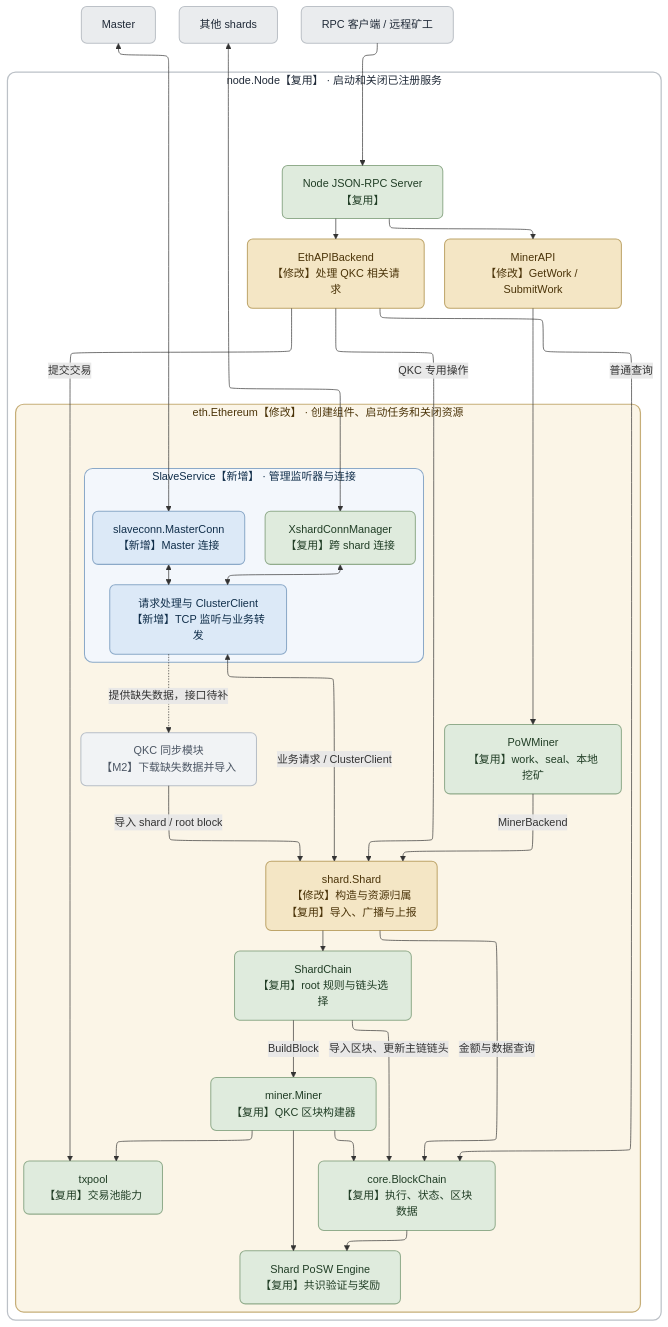
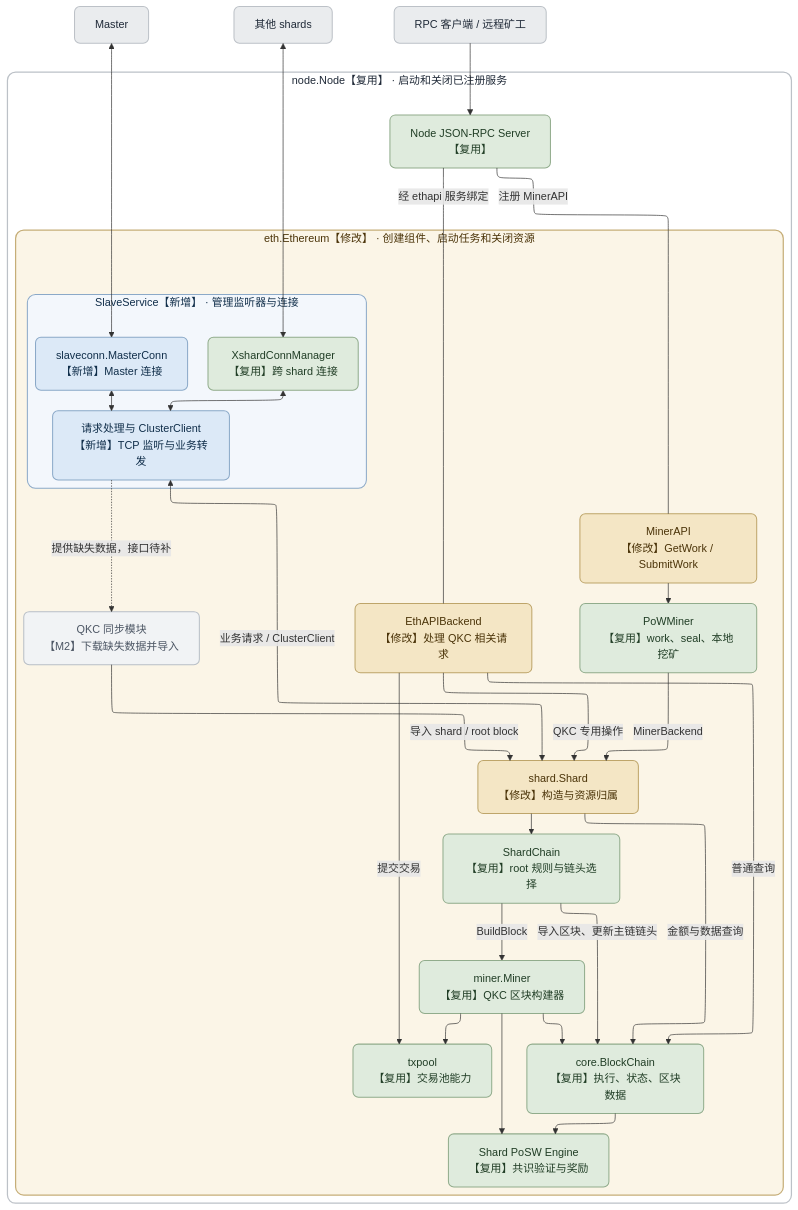
Before and after one commit to QuarkChain/modernized-qkc: the first of 6 diagrams in docs/shard-ethereum-integration-design.md, drawn with Mermaid. The commit also changed other lines of this file and 3 other files, not shown here.

````diff
--- a/docs/shard-ethereum-integration-design.md
+++ b/docs/shard-ethereum-integration-design.md
@@ -26,78 +50,73 @@
 ```mermaid
 ---
 config:
   layout: elk
 ---
 flowchart TB
     %% The saved SVG uses fixed positions and orthogonal routes from the reviewed reference image.
     %% This Mermaid source records the same modules and relationships; preserve the SVG layout when editing.
     %% SVG footer: these three lines appear below node.Node at 14px.
     %% caption: 外框：管理范围；如 node.Node 管理已注册服务；Ethereum 内部以最近一层容器表示创建和管理归属。
-    %% caption: 实线：调用关系；虚线：同步数据来源，请求由同步模块发起。
+    %% caption: 箭头实线：调用；无箭头实线：RPC 注册/绑定；虚线：同步数据来源，请求由同步模块发起。
     %% caption: “复用”：沿用已有实现；“新增”：需要新实现的模块或接口；“修改”：调整现有实现。
     Master["Master"]:::external
     Other["其他 shards"]:::external
     Client["RPC 客户端 / 远程矿工"]:::external
 
     subgraph NODE["node.Node【复用】 · 启动和关闭已注册服务"]
         direction LR
-        %% Layout-only group for the existing JSON-RPC server and its handlers.
-        subgraph ENTRY[" "]
-            direction LR
-            RPC["Node JSON-RPC Server<br/>【复用】"]:::reuse
-            API["EthAPIBackend<br/>【修改】处理 QKC 相关请求"]:::modify
-            MiningAPI["MinerAPI<br/>【修改】GetWork / SubmitWork"]:::modify
-        end
+        RPC["Node JSON-RPC Server<br/>【复用】"]:::reuse
 
         subgraph ETH["eth.Ethereum【修改】 · 创建组件、启动任务和关闭资源"]
             direction TB
+            API["EthAPIBackend<br/>【修改】处理 QKC 相关请求"]:::modify
+            MiningAPI["MinerAPI<br/>【修改】GetWork / SubmitWork"]:::modify
             subgraph SLAVE["SlaveService【新增】 · 管理监听器与连接"]
                 MC["slaveconn.MasterConn<br/>【新增】Master 连接"]:::create
                 XC["XshardConnManager<br/>【复用】跨 shard 连接"]:::reuse
                 Service["请求处理与 ClusterClient<br/>【新增】TCP 监听与业务转发"]:::create
             end
-            S["shard.Shard<br/>【修改】构造与资源归属<br/>【复用】导入、广播与上报"]:::modify
+            S["shard.Shard<br/>【修改】构造与资源归属"]:::modify
             SC["ShardChain<br/>【复用】root 规则与链头选择"]:::reuse
             BC["core.BlockChain<br/>【复用】执行、状态、区块数据"]:::reuse
             Engine["Shard PoSW Engine<br/>【复用】共识验证与奖励"]:::reuse
             Pool["txpool<br/>【复用】交易池能力"]:::reuse
             Builder["miner.Miner<br/>【复用】QKC 区块构建器"]:::reuse
             Mining["PoWMiner<br/>【复用】work、seal、本地挖矿"]:::reuse
             Sync["QKC 同步模块<br/>【M2】下载缺失数据并导入"]:::deferred
         end
     end
 
     Client --> RPC
-    RPC --> API
-    RPC --> MiningAPI
+    RPC ---|经 ethapi 服务绑定| API
+    RPC ---|注册 MinerAPI| MiningAPI
     API -->|普通查询| BC
     API -->|提交交易| Pool
     API -->|QKC 专用操作| S
     MiningAPI --> Mining
     Mining -->|MinerBackend| S
     Master <--> MC
     Other <--> XC
     MC <--> Service
     XC <--> Service
     Service <-->|业务请求 / ClusterClient| S
     Sync -->|导入 shard / root block| S
     Service -.->|提供缺失数据，接口待补| Sync
     S --> SC
     S -->|金额与数据查询| BC
     SC -->|导入区块、更新主链链头| BC
     SC -->|BuildBlock| Builder
     Builder --> Pool
     Builder --> BC
     Builder --> Engine
     BC --> Engine
 
     classDef create fill:#DCE9F7,color:#102E4A,stroke:#8BA9C8,stroke-width:1.5px,rx:8px,ry:8px;
     classDef modify fill:#F4E6C5,color:#4A3308,stroke:#BEA56A,stroke-width:1.5px,rx:8px,ry:8px;
     classDef reuse fill:#DFEBDD,color:#203D25,stroke:#91AC8C,stroke-width:1.5px,rx:8px,ry:8px;
     classDef external fill:#EAECEE,color:#1F2937,stroke:#BCC1C7,stroke-width:1.5px,rx:8px,ry:8px;
     classDef deferred fill:#F1F3F5,color:#4B5563,stroke:#B8BFC7,stroke-width:1.5px,rx:8px,ry:8px;
     style NODE fill:#FFFFFF,color:#1F2937,stroke:#BCC1C7,stroke-width:1.8px,rx:12px,ry:12px
-    style ENTRY fill:transparent,stroke:none
     style ETH fill:#FBF5E7,color:#4A3308,stroke:#C6AE78,stroke-width:1.8px,rx:12px,ry:12px
     style SLAVE fill:#F3F7FC,color:#102E4A,stroke:#8BA9C8,stroke-width:1.5px,rx:12px,ry:12px
 ```
````
